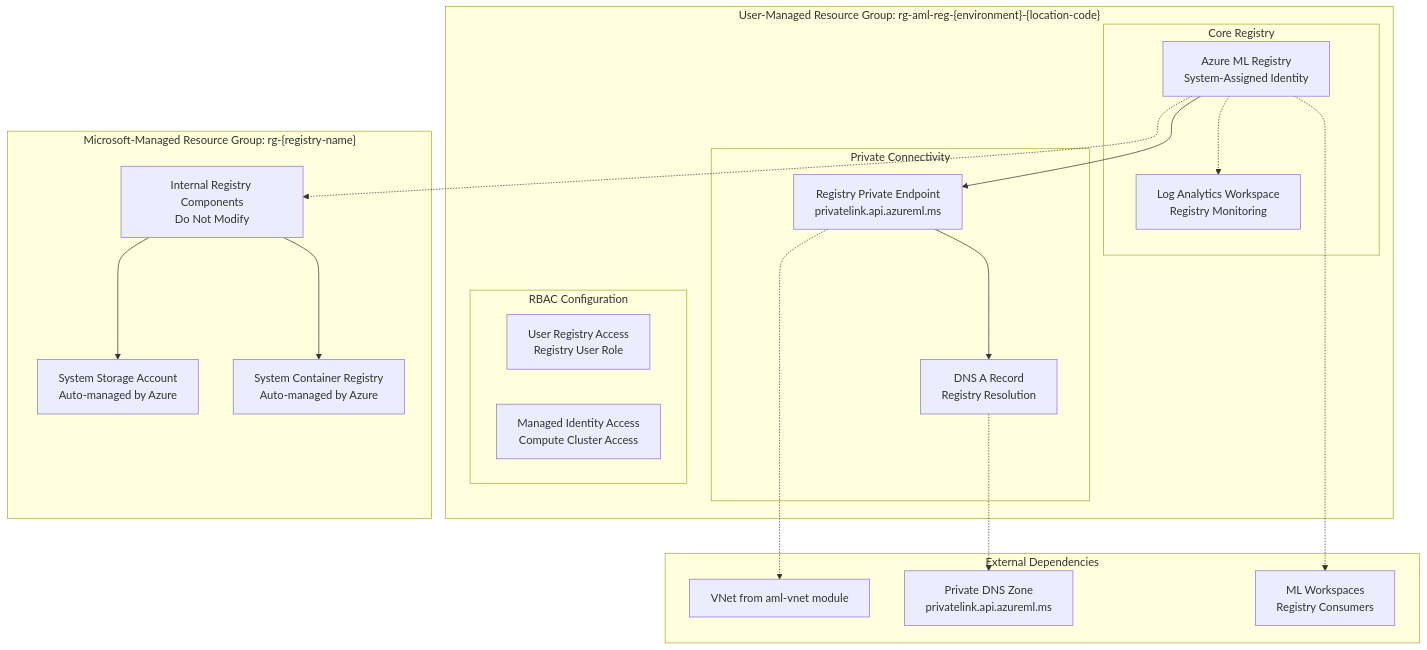
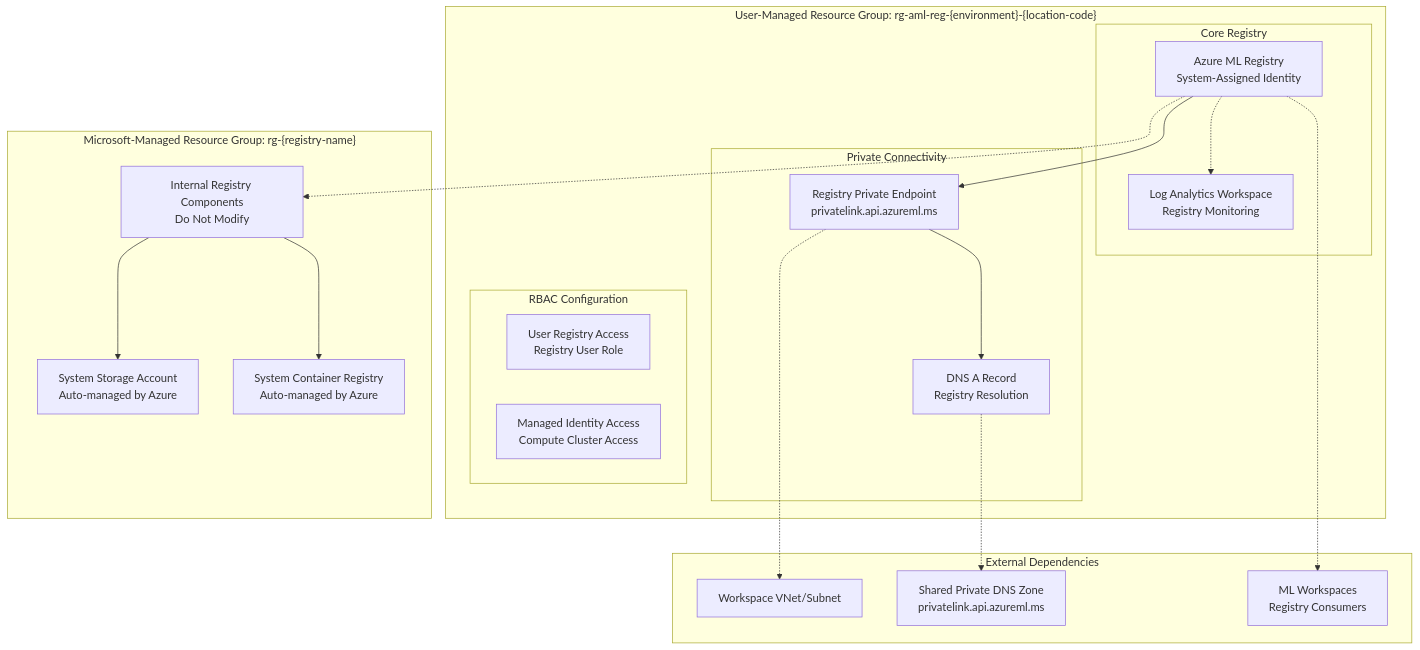
One commit to jomedinagomez/MLOPs-AzureML changed the diagram in infra/modules/aml-registry-smi/README.md. Above: the diagram before and after it, drawn with Mermaid. The commit also changed other lines of this file and 13 other files, not shown here.

````diff
--- a/infra/modules/aml-registry-smi/README.md
+++ b/infra/modules/aml-registry-smi/README.md
@@ -18,43 +18,43 @@
 ```mermaid
 graph TB
     subgraph "User-Managed Resource Group: rg-aml-reg-{environment}-{location-code}"
         subgraph "Core Registry"
             REG[Azure ML Registry<br/>System-Assigned Identity]
             LA[Log Analytics Workspace<br/>Registry Monitoring]
         end
         
         subgraph "Private Connectivity"
             PE[Registry Private Endpoint<br/>privatelink.api.azureml.ms]
             DNS[DNS A Record<br/>Registry Resolution]
         end
         
         subgraph "RBAC Configuration"
             UR[User Registry Access<br/>Registry User Role]
             MIR[Managed Identity Access<br/>Compute Cluster Access]
         end
         
         REG --> PE
         PE --> DNS
         REG -.-> LA
     end
     
     subgraph "Microsoft-Managed Resource Group: rg-{registry-name}"
     MGT[Internal Registry Components<br/>Do Not Modify]
         STOR[System Storage Account<br/>Auto-managed by Azure]
         ACR[System Container Registry<br/>Auto-managed by Azure]
         
         REG -.-> MGT
         MGT --> STOR
         MGT --> ACR
     end
     
     subgraph "External Dependencies"
-        VNet[VNet from aml-vnet module]
-        DNSZone[Private DNS Zone<br/>privatelink.api.azureml.ms]
+        VNet[Workspace VNet/Subnet]
+        DNSZone[Shared Private DNS Zone<br/>privatelink.api.azureml.ms]
         WS[ML Workspaces<br/>Registry Consumers]
     end
     
     PE -.-> VNet
     DNS -.-> DNSZone
     REG -.-> WS
 ```
````
